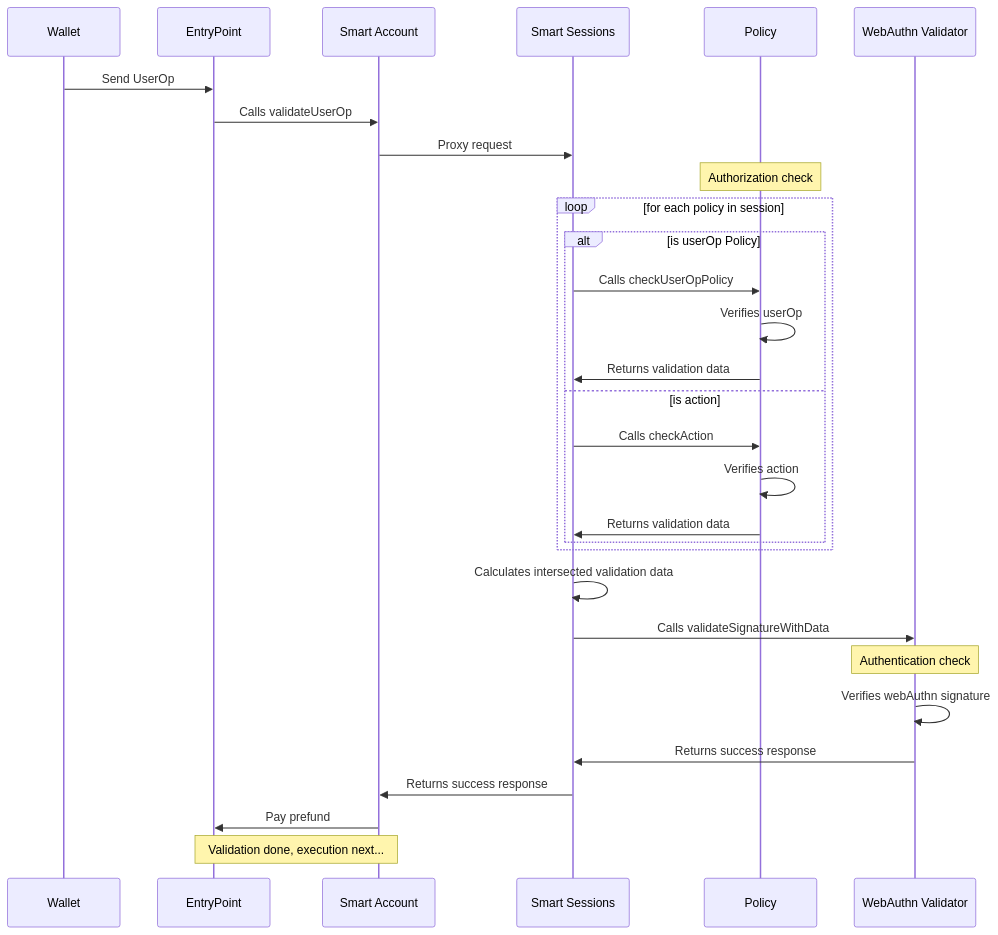
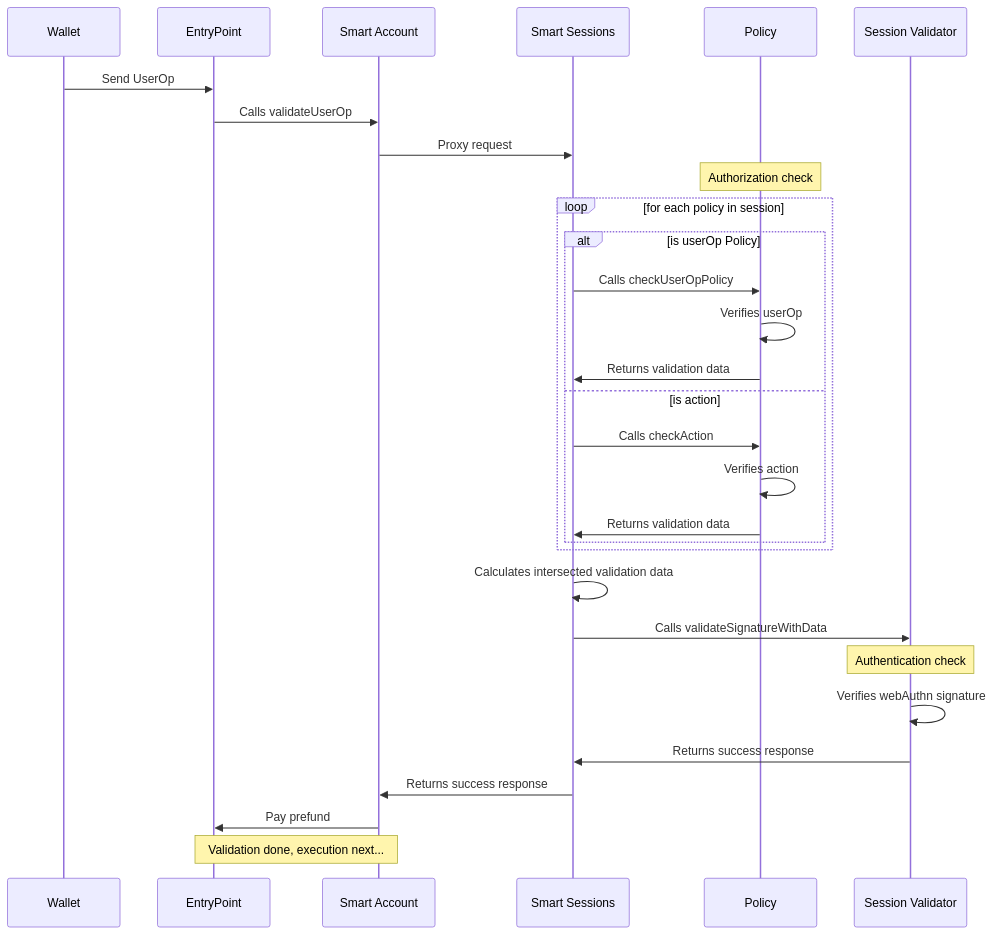
The diagram in README.md (stackup-wallet/accessctl), drawn with Mermaid before and after one commit. The commit also changed other lines of this file, not shown here.

Commit message:
Update docs to the latest architecture (#62)

````diff
--- a/README.md
+++ b/README.md
@@ -49,26 +31,26 @@
 ```mermaid
 sequenceDiagram
     Wallet->>EntryPoint:Send UserOp
     EntryPoint->>Smart Account: Calls validateUserOp
     Smart Account->>Smart Sessions: Proxy request
     Note over Policy: Authorization check
     loop for each policy in session
         alt is userOp Policy
             Smart Sessions->>Policy: Calls checkUserOpPolicy
             Policy->>Policy: Verifies userOp
             Policy->>Smart Sessions: Returns validation data
         else is action
             Smart Sessions->>Policy: Calls checkAction
             Policy->>Policy: Verifies action
             Policy->>Smart Sessions: Returns validation data
         end
     end
     Smart Sessions->>Smart Sessions: Calculates intersected validation data
-    Smart Sessions->>WebAuthn Validator: Calls validateSignatureWithData
-    Note over WebAuthn Validator: Authentication check
-    WebAuthn Validator->>WebAuthn Validator: Verifies webAuthn signature
-    WebAuthn Validator->>Smart Sessions: Returns success response
+    Smart Sessions->>Session Validator: Calls validateSignatureWithData
+    Note over Session Validator: Authentication check
+    Session Validator->>Session Validator: Verifies webAuthn signature
+    Session Validator->>Smart Sessions: Returns success response
     Smart Sessions->>Smart Account: Returns success response
     Smart Account->>EntryPoint: Pay prefund
     Note over EntryPoint,Smart Account: Validation done, execution next...
 ```
````
